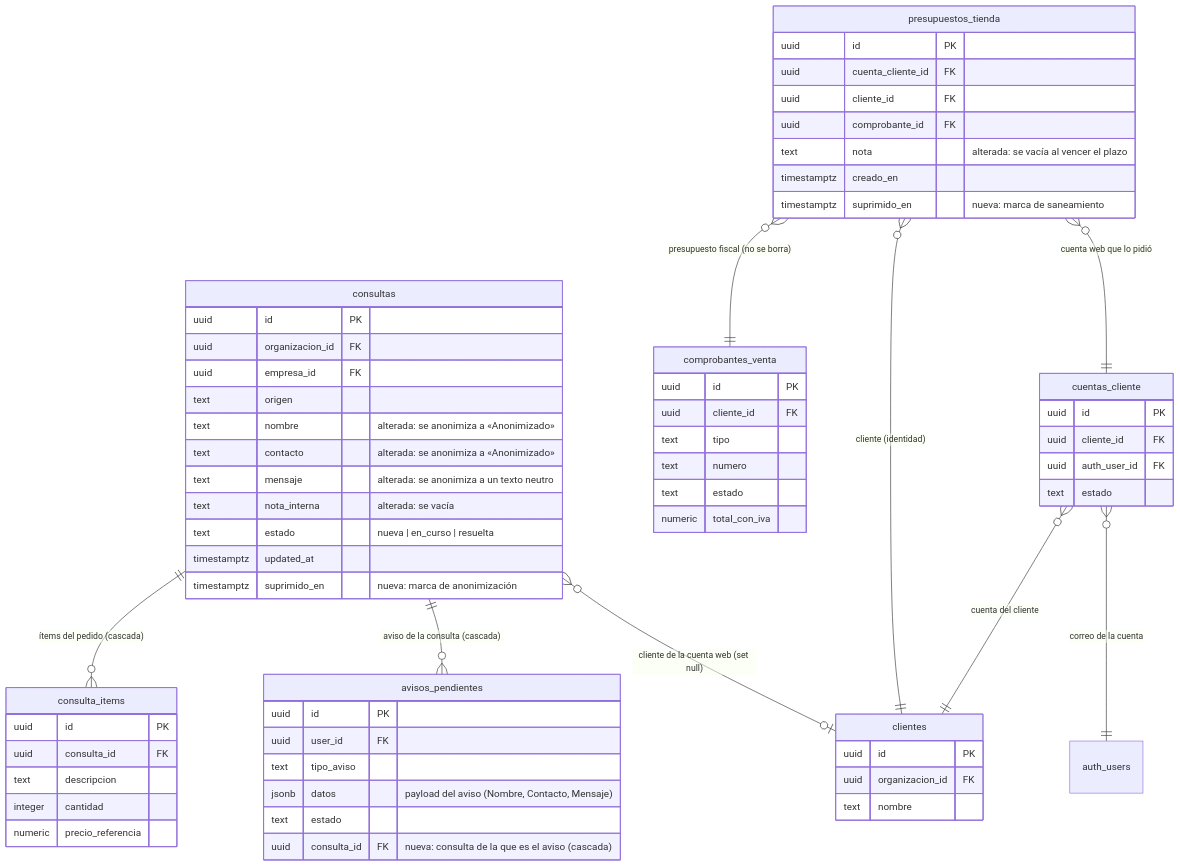
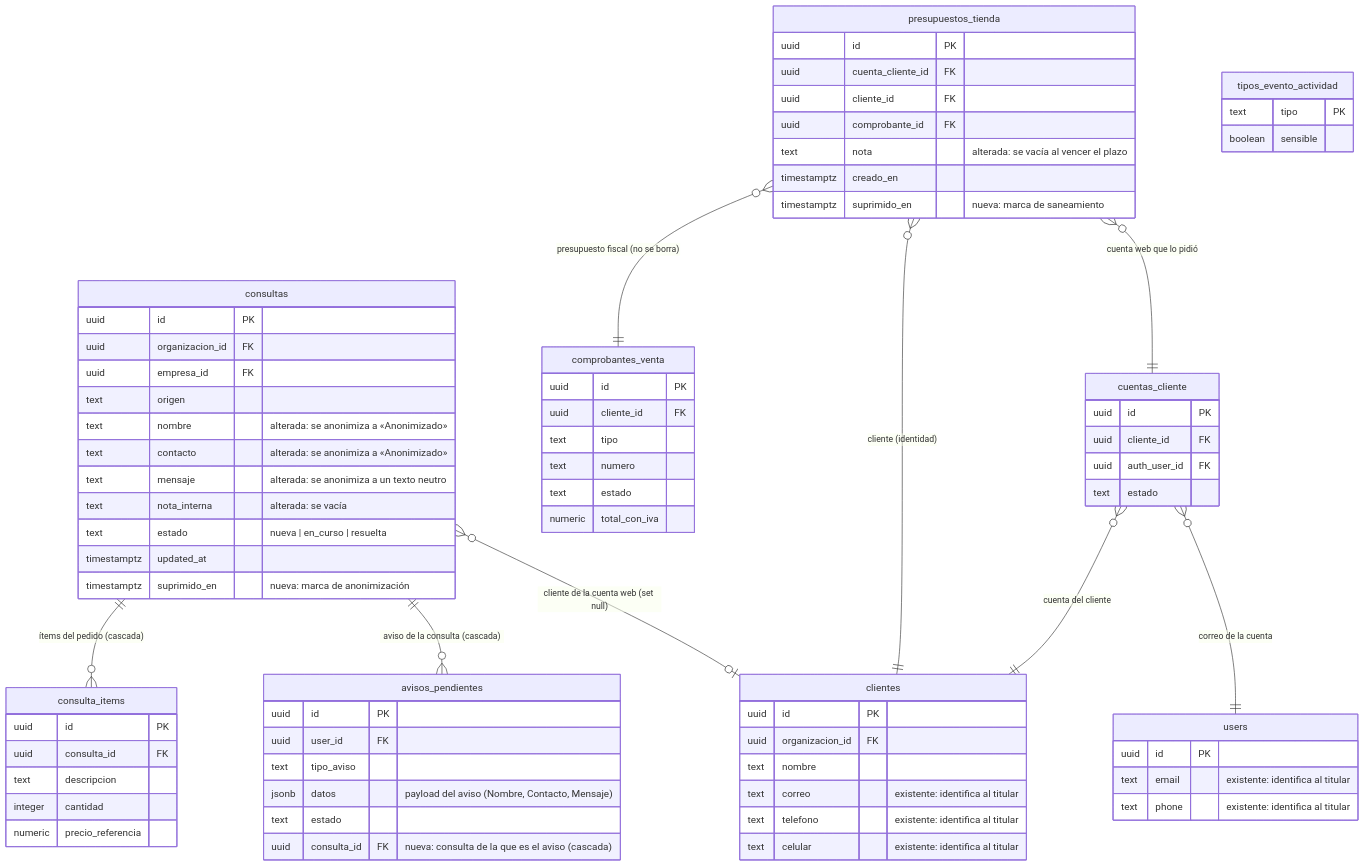
The diagram in specs/20270507170000-retencion-y-supresion-consultas-tienda/spec.md (nicolasjones/multistorefront-meli), drawn with Mermaid before and after one commit. The commit also changed other lines of this file and 15 other files, not shown here.

````diff
--- a/specs/20270507170000-retencion-y-supresion-consultas-tienda/spec.md
+++ b/specs/20270507170000-retencion-y-supresion-consultas-tienda/spec.md
@@ -174,68 +175,80 @@
 ```mermaid
 erDiagram
   consultas ||--o{ consulta_items : "ítems del pedido (cascada)"
   consultas ||--o{ avisos_pendientes : "aviso de la consulta (cascada)"
   consultas }o--o| clientes : "cliente de la cuenta web (set null)"
   presupuestos_tienda }o--|| comprobantes_venta : "presupuesto fiscal (no se borra)"
   presupuestos_tienda }o--|| clientes : "cliente (identidad)"
   presupuestos_tienda }o--|| cuentas_cliente : "cuenta web que lo pidió"
   cuentas_cliente }o--|| clientes : "cuenta del cliente"
-  cuentas_cliente }o--|| auth_users : "correo de la cuenta"
+  cuentas_cliente }o--|| users : "correo de la cuenta"
 
   consultas {
     uuid id PK
     uuid organizacion_id FK
     uuid empresa_id FK
     text origen
     text nombre "alterada: se anonimiza a «Anonimizado»"
     text contacto "alterada: se anonimiza a «Anonimizado»"
     text mensaje "alterada: se anonimiza a un texto neutro"
     text nota_interna "alterada: se vacía"
     text estado "nueva | en_curso | resuelta"
     timestamptz updated_at
     timestamptz suprimido_en "nueva: marca de anonimización"
   }
   consulta_items {
     uuid id PK
     uuid consulta_id FK
     text descripcion
     integer cantidad
     numeric precio_referencia
   }
   avisos_pendientes {
     uuid id PK
     uuid user_id FK
     text tipo_aviso
     jsonb datos "payload del aviso (Nombre, Contacto, Mensaje)"
     text estado
     uuid consulta_id FK "nueva: consulta de la que es el aviso (cascada)"
   }
   presupuestos_tienda {
     uuid id PK
     uuid cuenta_cliente_id FK
     uuid cliente_id FK
     uuid comprobante_id FK
     text nota "alterada: se vacía al vencer el plazo"
     timestamptz creado_en
     timestamptz suprimido_en "nueva: marca de saneamiento"
   }
   comprobantes_venta {
     uuid id PK
     uuid cliente_id FK
     text tipo
     text numero
     text estado
     numeric total_con_iva
   }
   clientes {
     uuid id PK
     uuid organizacion_id FK
     text nombre
+    text correo "existente: identifica al titular"
+    text telefono "existente: identifica al titular"
+    text celular "existente: identifica al titular"
   }
   cuentas_cliente {
     uuid id PK
     uuid cliente_id FK
     uuid auth_user_id FK
     text estado
   }
+  users {
+    uuid id PK
+    text email "existente: identifica al titular"
+    text phone "existente: identifica al titular"
+  }
+  tipos_evento_actividad {
+    text tipo PK
+    boolean sensible
+  }
 ```
````
